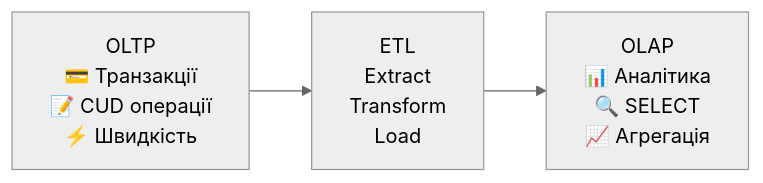
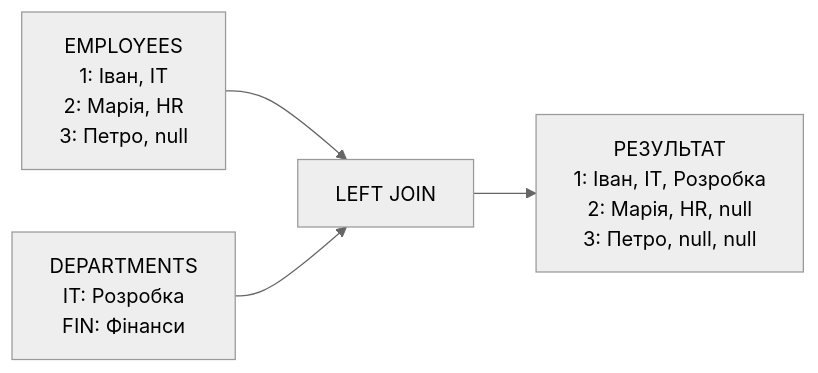
Before and after one commit to olroi421/course-bd: the third of 7 diagrams in presentations/presentation-03.md, drawn with Mermaid (neutral theme). The commit also changed other lines of this file and 7 other files, not shown here.

````diff
--- a/presentations/presentation-03.md
+++ b/presentations/presentation-03.md
@@ -287,5 +466,7 @@
 ```mermaid
 graph LR
-    A[OLTP<br/>💳 Транзакції<br/>📝 CUD операції<br/>⚡ Швидкість] --> B[ETL<br/>Extract<br/>Transform<br/>Load]
-    B --> C[OLAP<br/>📊 Аналітика<br/>🔍 SELECT<br/>📈 Агрегація]
+    A[EMPLOYEES<br/>1: Іван, IT<br/>2: Марія, HR<br/>3: Петро, null] --> C[LEFT JOIN]
+    B[DEPARTMENTS<br/>IT: Розробка<br/>FIN: Фінанси] --> C
+
+    C --> D[РЕЗУЛЬТАТ<br/>1: Іван, IT, Розробка<br/>2: Марія, HR, null<br/>3: Петро, null, null]
 ```
````
